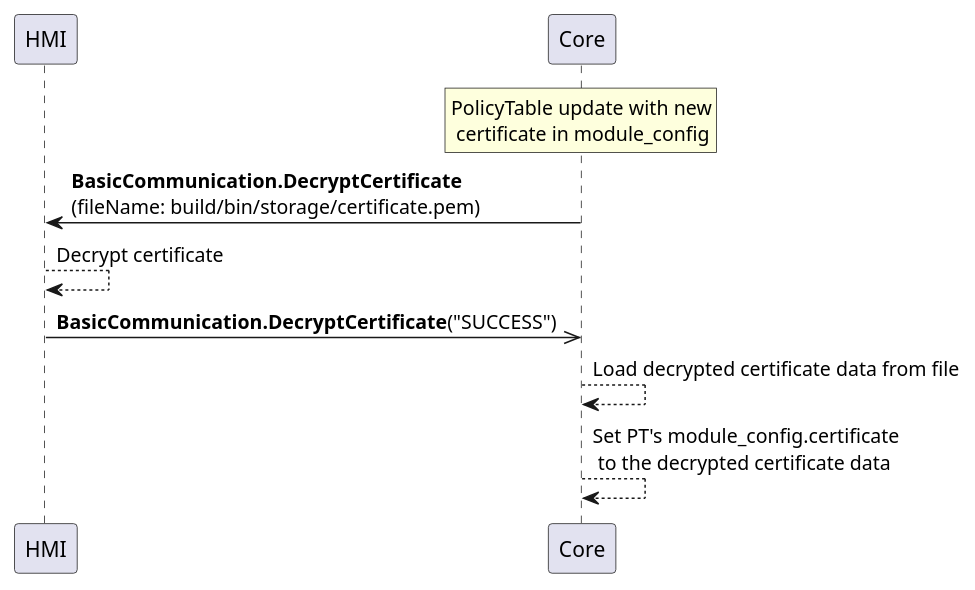
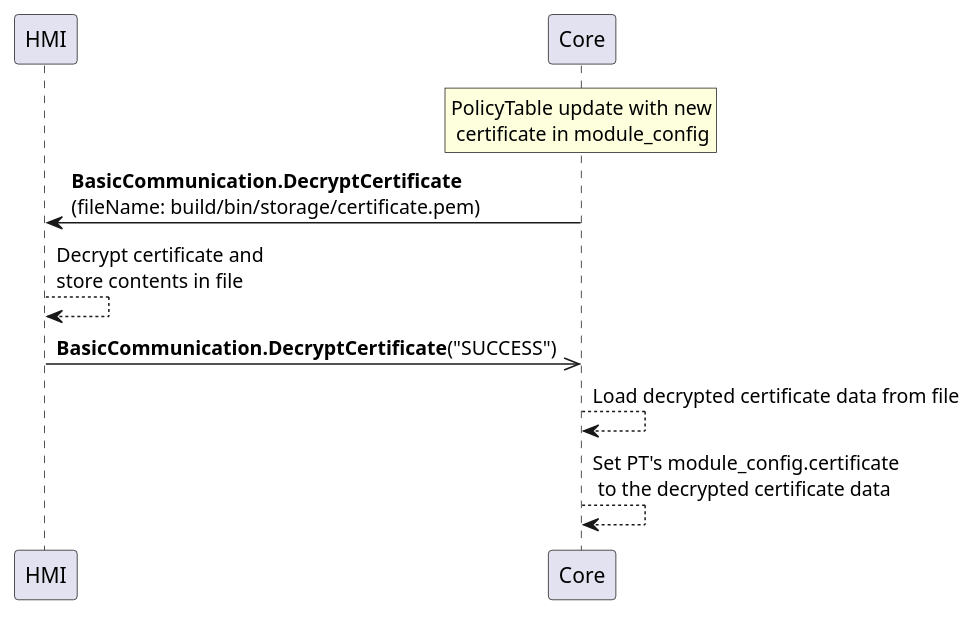
Before and after one commit to smartdevicelink/sdl_hmi_integration_guidelines: the diagram in docs/BasicCommunication/DecryptCertificate/assets/DecryptCertificate.puml, drawn with PlantUML. The commit also changed 1 other file, not shown here.

```diff
--- a/docs/BasicCommunication/DecryptCertificate/assets/DecryptCertificate.puml
+++ b/docs/BasicCommunication/DecryptCertificate/assets/DecryptCertificate.puml
@@ -1,13 +1,13 @@
 @startuml DecryptCertificate
 participant HMI
 participant Core
 
 rnote over Core: PolicyTable update with new\n certificate in module_config
 
 Core -> HMI: <b>BasicCommunication.DecryptCertificate</b>\n(fileName: build/bin/storage/certificate.pem)
-HMI --> HMI: Decrypt certificate
+HMI --> HMI: Decrypt certificate and\nstore contents in file
 HMI ->> Core: <b>BasicCommunication.DecryptCertificate</b>("SUCCESS")
 Core --> Core: Load decrypted certificate data from file
 Core --> Core: Set PT's module_config.certificate\n to the decrypted certificate data
 
 @enduml
```
